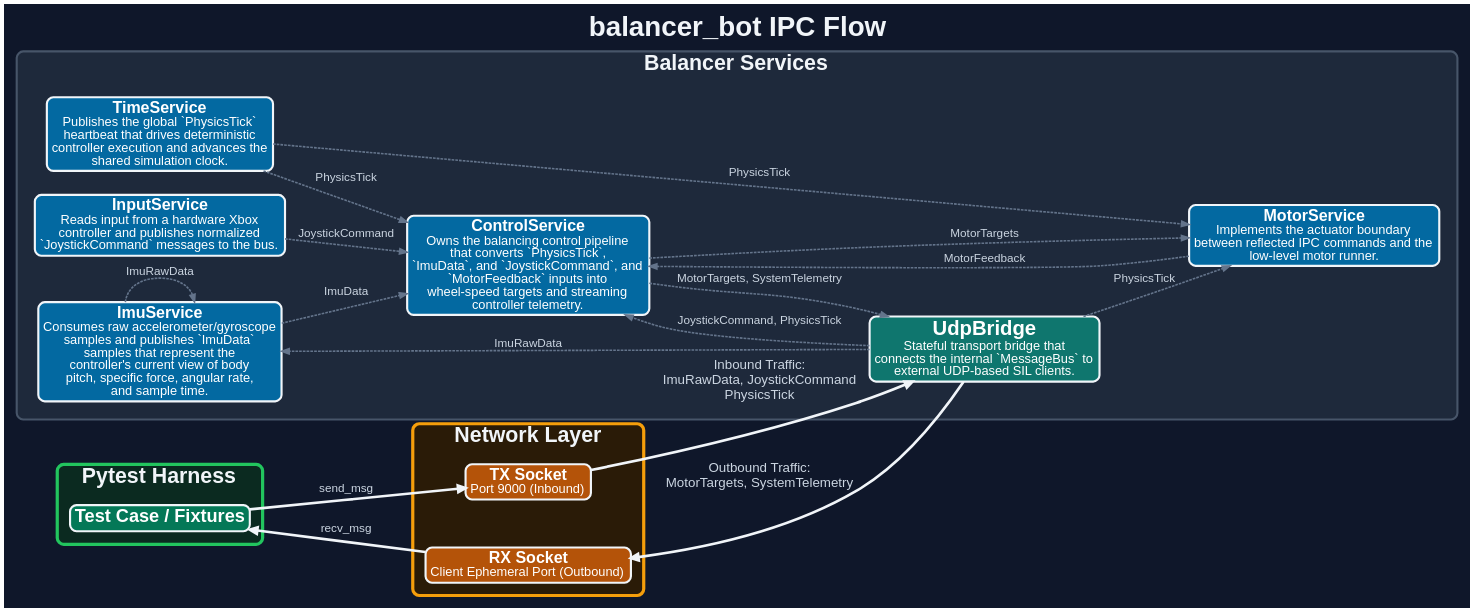
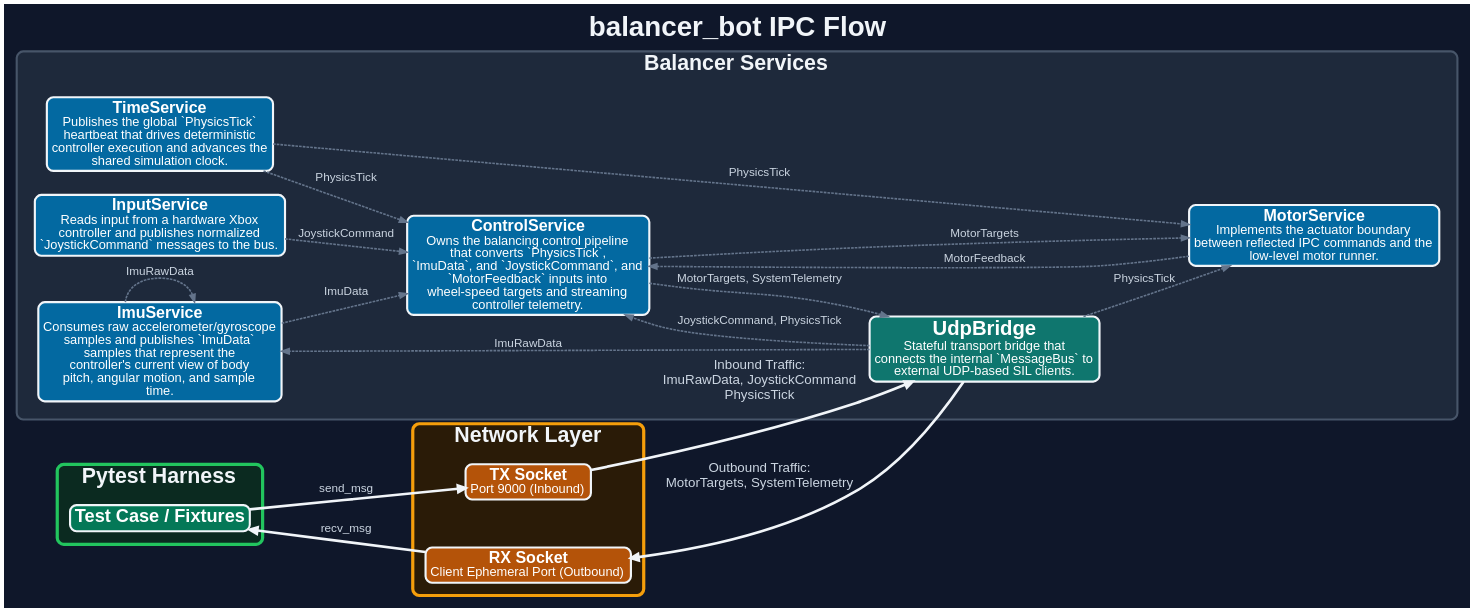
Before and after one commit to AxelBjork/balancer_bot: the diagram in doc/ipc/ipc_flow.dot, drawn with Graphviz. The commit also changed 58 other files, not shown here.

```diff
--- a/doc/ipc/ipc_flow.dot
+++ b/doc/ipc/ipc_flow.dot
@@ -1,100 +1,100 @@
 digraph IPC {
   rankdir=LR;
   bgcolor="#0F172A";
   pad=0.22;
   nodesep=0.62;
   ranksep=0.70;
   splines=spline;
   remincross=true;
 
   fontname="Helvetica,Arial,sans-serif";
   fontsize=52;
   fontcolor="#F1F5F9";
   label=<<B>balancer_bot IPC Flow</B>>;
   labelloc="t";
 
   node [fontname="Helvetica,Arial,sans-serif", shape=rect, style="filled,rounded", fixedsize=false, margin="0.12,0.08", fontsize=28, fontcolor="#FFFFFF", penwidth=4, color="#F1F5F9"];
 
   edge [fontname="Helvetica,Arial,sans-serif", fontsize=22, fontcolor="#CBD5E1", color="#64748B", penwidth=3.0, arrowsize=1.4, labelfloat=false, labeldistance=0.8, labelangle=10];
 
   subgraph cluster_sim {
     label=<<B><FONT POINT-SIZE="40">Balancer Services</FONT></B>>;
     fontcolor="#F1F5F9";
     style="rounded,filled";
     color="#475569";
     penwidth=4;
     fillcolor="#1E293B";
     margin=34;
     ImuService [
       fillcolor="#0369A1",
-      label=<<B><FONT POINT-SIZE="30">ImuService</FONT></B><BR/><FONT POINT-SIZE="24">Consumes raw accelerometer/gyroscope<BR/>samples and publishes `ImuData`<BR/>samples that represent the<BR/>controller&apos;s current view of body<BR/>pitch, specific force, angular rate,<BR/>and sample time.</FONT>>
+      label=<<B><FONT POINT-SIZE="30">ImuService</FONT></B><BR/><FONT POINT-SIZE="24">Consumes raw accelerometer/gyroscope<BR/>samples and publishes `ImuData`<BR/>samples that represent the<BR/>controller&apos;s current view of body<BR/>pitch, angular motion, and sample<BR/>time.</FONT>>
     ];
     TimeService [
       fillcolor="#0369A1",
       label=<<B><FONT POINT-SIZE="30">TimeService</FONT></B><BR/><FONT POINT-SIZE="24">Publishes the global `PhysicsTick`<BR/>heartbeat that drives deterministic<BR/>controller execution and advances the<BR/>shared simulation clock.</FONT>>
     ];
     ControlService [
       fillcolor="#0369A1",
       label=<<B><FONT POINT-SIZE="30">ControlService</FONT></B><BR/><FONT POINT-SIZE="24">Owns the balancing control pipeline<BR/>that converts `PhysicsTick`,<BR/>`ImuData`, and `JoystickCommand`, and<BR/>`MotorFeedback` inputs into<BR/>wheel-speed targets and streaming<BR/>controller telemetry.</FONT>>
     ];
     MotorService [
       fillcolor="#0369A1",
       label=<<B><FONT POINT-SIZE="30">MotorService</FONT></B><BR/><FONT POINT-SIZE="24">Implements the actuator boundary<BR/>between reflected IPC commands and the<BR/>low-level motor runner.</FONT>>
     ];
     InputService [
       fillcolor="#0369A1",
       label=<<B><FONT POINT-SIZE="30">InputService</FONT></B><BR/><FONT POINT-SIZE="24">Reads input from a hardware Xbox<BR/>controller and publishes normalized<BR/>`JoystickCommand` messages to the bus.</FONT>>
     ];
     UdpBridge [
       fillcolor="#0F766E",
       label=<<B><FONT POINT-SIZE="38">UdpBridge</FONT></B><BR/><FONT POINT-SIZE="24">Stateful transport bridge that<BR/>connects the internal `MessageBus` to<BR/>external UDP-based SIL clients.</FONT>>
     ];
   }
 
   subgraph cluster_sockets {
     label=<<B><FONT POINT-SIZE="40">Network Layer</FONT></B>>;
     fontcolor="#F1F5F9";
     style="rounded,filled";
     color="#F59E0B";
     penwidth=6;
     fillcolor="#2A1B07";
     margin=24;
 
     { rank=same; TX; RX; }
 
     TX [fillcolor="#B45309", label=<<B><FONT POINT-SIZE="30">TX Socket</FONT></B><BR/><FONT POINT-SIZE="24">Port 9000 (Inbound)</FONT>>];
     RX [fillcolor="#B45309", label=<<B><FONT POINT-SIZE="30">RX Socket</FONT></B><BR/><FONT POINT-SIZE="24">Client Ephemeral Port (Outbound)</FONT>>];
     TX -> RX [style=invis, weight=50, constraint=false];
   }
 
   subgraph cluster_pytest {
     label=<<B><FONT POINT-SIZE="40">Pytest Harness</FONT></B>>;
     fontcolor="#F1F5F9";
     style="rounded,filled";
     color="#22C55E";
     penwidth=6;
     fillcolor="#0B2A20";
     margin=24;
 
     TestCase [fillcolor="#047857", label=<<B><FONT POINT-SIZE="34">Test Case / Fixtures</FONT></B>>];
   }
 
   TestCase -> TX [label="send_msg", color="#F1F5F9", penwidth=5];
   TX -> UdpBridge [label="Inbound Traffic:\nImuRawData, JoystickCommand\nPhysicsTick", color="#F1F5F9", penwidth=5, fontsize=25];
 
   // Internal Service Logic
   ControlService -> MotorService [label="MotorTargets", style=dashed];
   ControlService -> UdpBridge [label="MotorTargets, SystemTelemetry", style=dashed];
   ImuService -> ControlService [label="ImuData", style=dashed];
   ImuService -> ImuService [label="ImuRawData", style=dashed];
   InputService -> ControlService [label="JoystickCommand", style=dashed];
   MotorService -> ControlService [label="MotorFeedback", style=dashed];
   TimeService -> ControlService [label="PhysicsTick", style=dashed];
   TimeService -> MotorService [label="PhysicsTick", style=dashed];
   UdpBridge -> ControlService [label="JoystickCommand, PhysicsTick", style=dashed];
   UdpBridge -> ImuService [label="ImuRawData", style=dashed];
   UdpBridge -> MotorService [label="PhysicsTick", style=dashed];
 
   RX -> UdpBridge [label="Outbound Traffic:\nMotorTargets, SystemTelemetry", color="#F1F5F9", penwidth=5, dir=back, fontsize=25, arrowtail=normal];
   TestCase -> RX [label="recv_msg", color="#F1F5F9", penwidth=5, dir=back, arrowtail=normal];
 }
```
